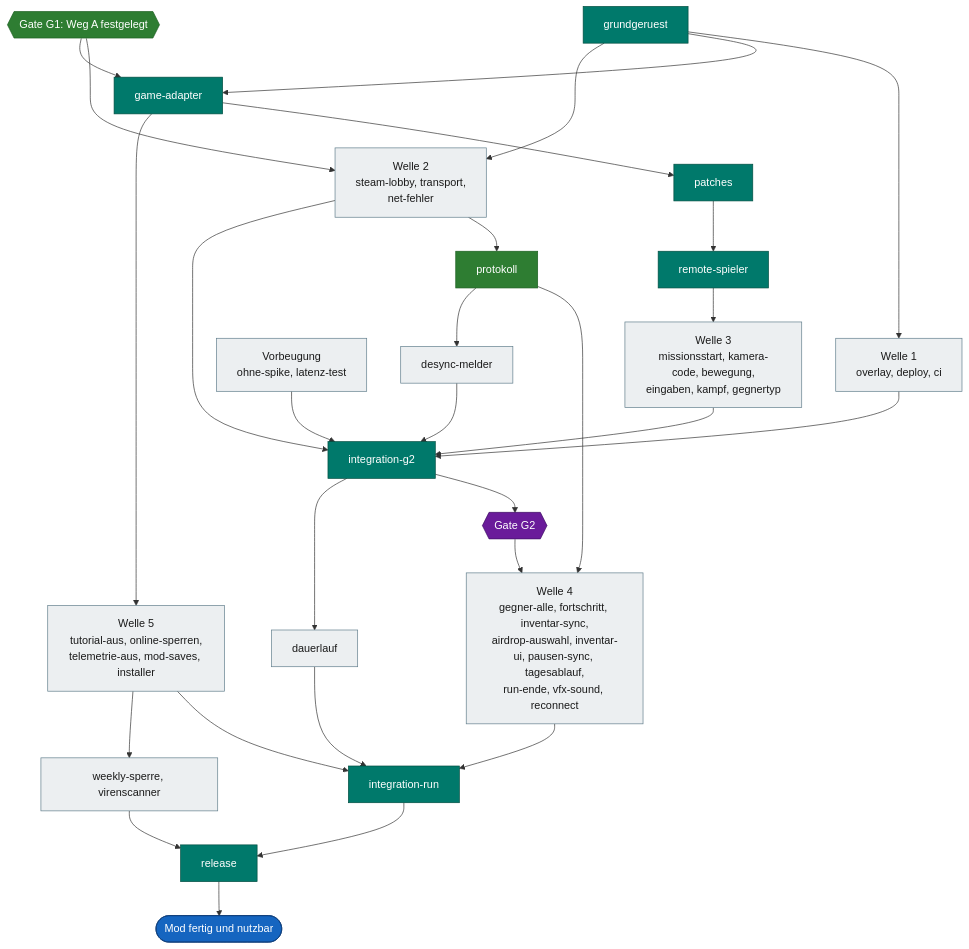
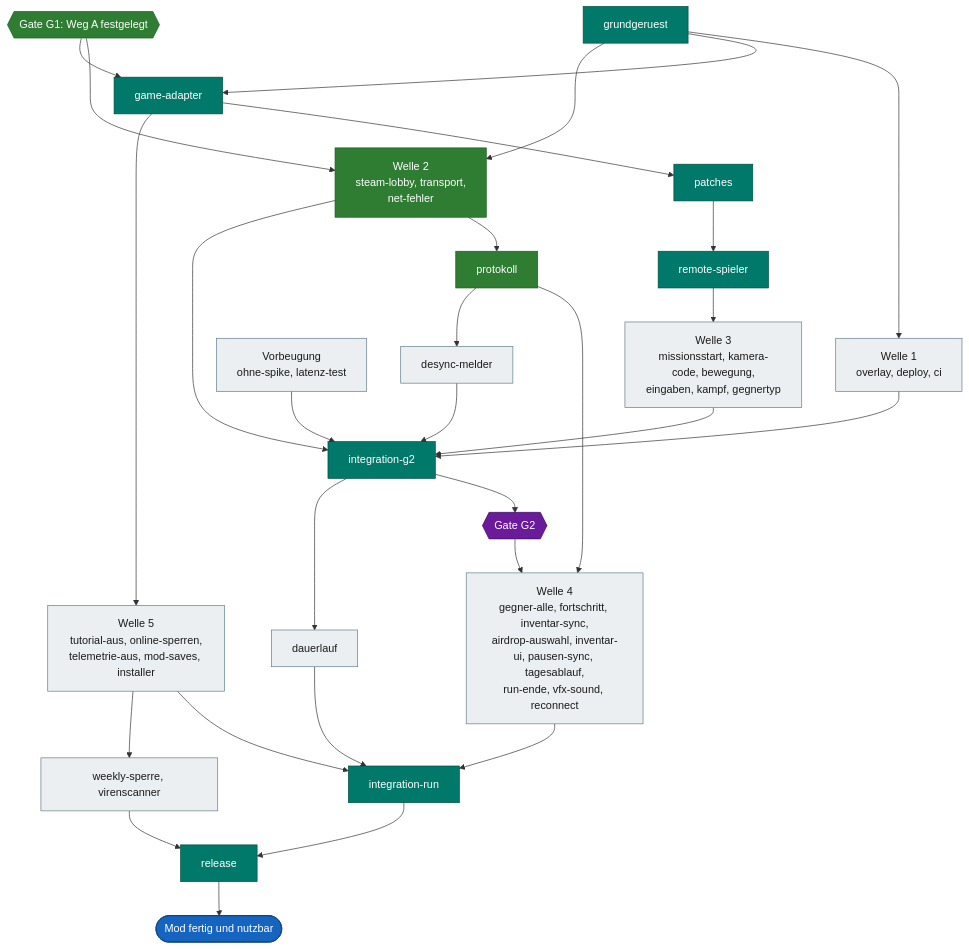
Before and after one commit to VitaminStack/Deadly-Days-Roadtrip-Multiplayer-Mod: the fourth of 4 diagrams in docs/ROADMAP.md, drawn with Mermaid. The commit also changed other lines of this file and 15 other files, not shown here.

First line of the commit message:
net-fehler: lesbare Meldung und Gründe für jedes Sitzungsende, im Spiel geprüft (#93)

````diff
--- a/docs/ROADMAP.md
+++ b/docs/ROADMAP.md
@@ -241,32 +242,32 @@
 ```mermaid
 flowchart TD
     GR["grundgeruest"]:::central --> W1["Welle 1<br/>overlay, deploy, ci"]:::open
     GR --> GA["game-adapter"]:::central
-    G1{{"Gate G1: Weg A festgelegt"}}:::done --> W2["Welle 2<br/>steam-lobby, transport,<br/>net-fehler"]:::open
+    G1{{"Gate G1: Weg A festgelegt"}}:::done --> W2["Welle 2<br/>steam-lobby, transport,<br/>net-fehler"]:::done
     GR --> W2
     G1 --> GA
     GA --> PT["patches"]:::central --> RS["remote-spieler"]:::central
     GA --> W5["Welle 5<br/>tutorial-aus, online-sperren,<br/>telemetrie-aus, mod-saves, installer"]:::open
     RS --> W3["Welle 3<br/>missionsstart, kamera-code, bewegung,<br/>eingaben, kampf, gegnertyp"]:::open
     W1 --> IG["integration-g2"]:::central
     W2 --> PR["protokoll"]:::done
     W2 --> IG
     W3 --> IG
     IG --> G2{{"Gate G2"}}:::gate
     PR --> W4["Welle 4<br/>gegner-alle, fortschritt, inventar-sync,<br/>airdrop-auswahl, inventar-ui, pausen-sync, tagesablauf,<br/>run-ende, vfx-sound, reconnect"]:::open
     G2 --> W4
     W4 --> IR["integration-run"]:::central
     W5 --> IR
     RV["Vorbeugung<br/>ohne-spike, latenz-test"]:::open --> IG
     PR --> DS["desync-melder"]:::open --> IG
     IG --> DL["dauerlauf"]:::open --> IR
     W5 --> W6["weekly-sperre, virenscanner"]:::open --> RL
     IR --> RL["release"]:::central
     RL --> Z(["Mod fertig und nutzbar"]):::goal
 
     classDef done fill:#2e7d32,stroke:#1b5e20,color:#ffffff
     classDef central fill:#00796b,stroke:#004d40,color:#ffffff
     classDef open fill:#eceff1,stroke:#607d8b,color:#1a1a1a
     classDef gate fill:#6a1b9a,stroke:#3e1163,color:#ffffff
     classDef goal fill:#1565c0,stroke:#0d3c78,color:#ffffff
 ```
````
